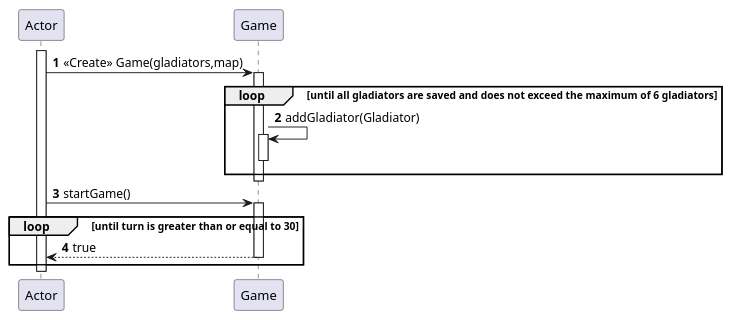
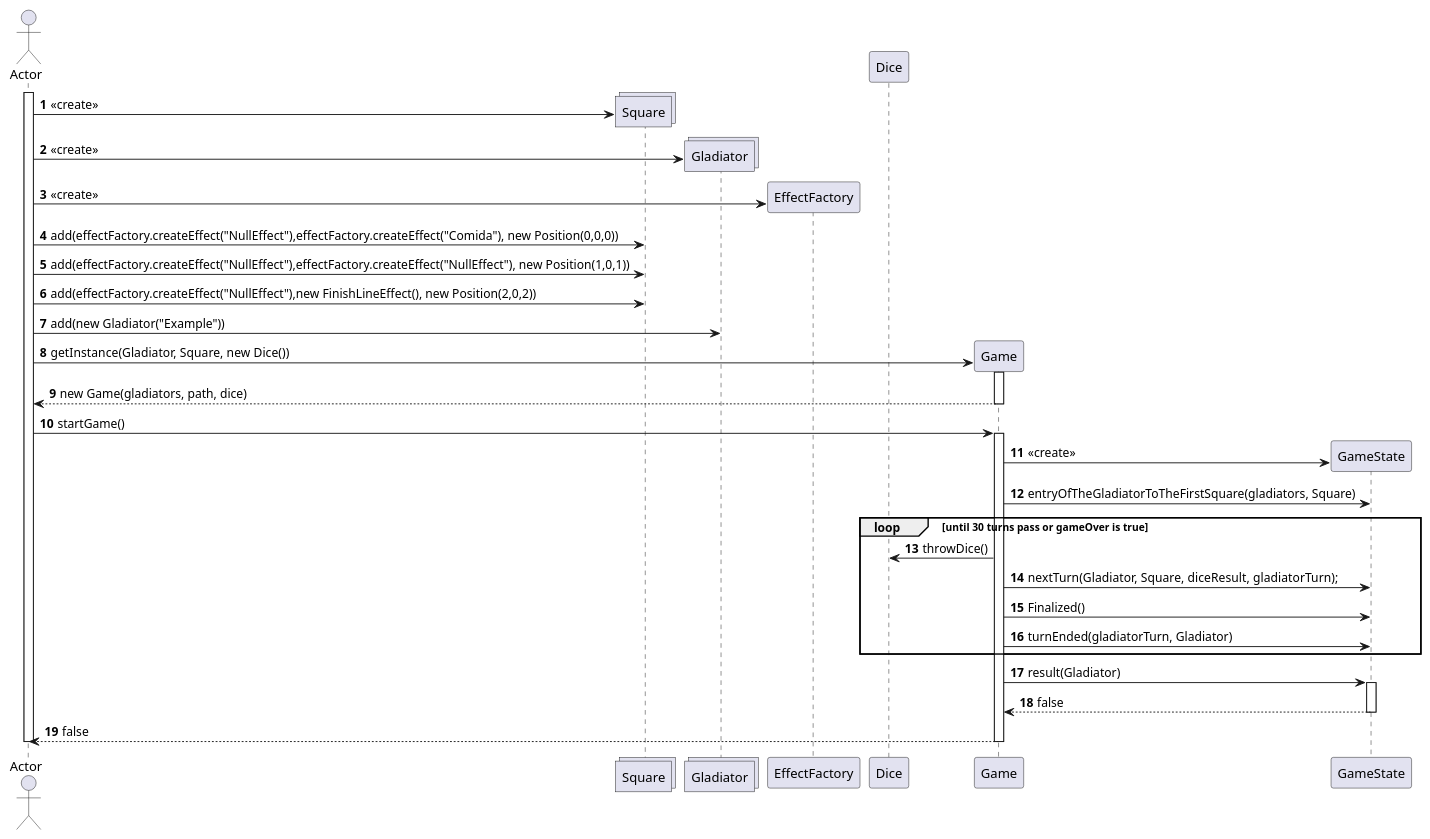
Before and after one commit to PabloGCH/tp2-algo3: the diagram in diagrams/sequences/useCase12.plantuml, drawn with PlantUML. The commit also changed 95 other files, not shown here.

```diff
--- a/diagrams/sequences/useCase12.plantuml
+++ b/diagrams/sequences/useCase12.plantuml
@@ -1,26 +1,47 @@
 @startuml
 
 autonumber
+actor Actor
 
 activate Actor
 
-actor Actor
-Actor -> Game : <<Create>> Game(gladiators,map)
+create collections Square
+Actor -> Square: <<create>>
+create collections Gladiator
+Actor -> Gladiator: <<create>>
+create EffectFactory
+Actor -> EffectFactory: <<create>>
+Actor -> Square: add(effectFactory.createEffect("NullEffect"),effectFactory.createEffect("Comida"), new Position(0,0,0))
+Actor -> Square: add(effectFactory.createEffect("NullEffect"),effectFactory.createEffect("NullEffect"), new Position(1,0,1))
+Actor -> Square: add(effectFactory.createEffect("NullEffect"),new FinishLineEffect(), new Position(2,0,2))
+Actor -> Gladiator: add(new Gladiator("Example"))
+
+create Dice
+create Game
+Actor -> Game: getInstance(Gladiator, Square, new Dice())
 activate Game
-    loop until all gladiators are saved and does not exceed the maximum of 6 gladiators 
-    Game -> Game : addGladiator(Gladiator)
-    activate Game
-    deactivate Game
-    end loop
+    Game --> Actor: new Game(gladiators, path, dice)
 deactivate Game
 
-Actor -> Game : startGame()
-loop until turn is greater than or equal to 30
+Actor -> Game: startGame()
 activate Game
-    Game --> Actor : true
+    create GameState
+    Game -> GameState: <<create>>
+    Game -> GameState: entryOfTheGladiatorToTheFirstSquare(gladiators, Square)
+    loop until 30 turns pass or gameOver is true
+    Game -> Dice: throwDice()
+    Game -> GameState: nextTurn(Gladiator, Square, diceResult, gladiatorTurn);
+    Game -> GameState: Finalized()
+    Game -> GameState: turnEnded(gladiatorTurn, Gladiator)
+    end loop
+    Game -> GameState: result(Gladiator)
+
+    activate GameState
+        GameState --> Game: false
+    deactivate GameState
+    Game --> Actor: false
 deactivate Game
-end loop
 
 deactivate Actor
 
 @enduml
```
